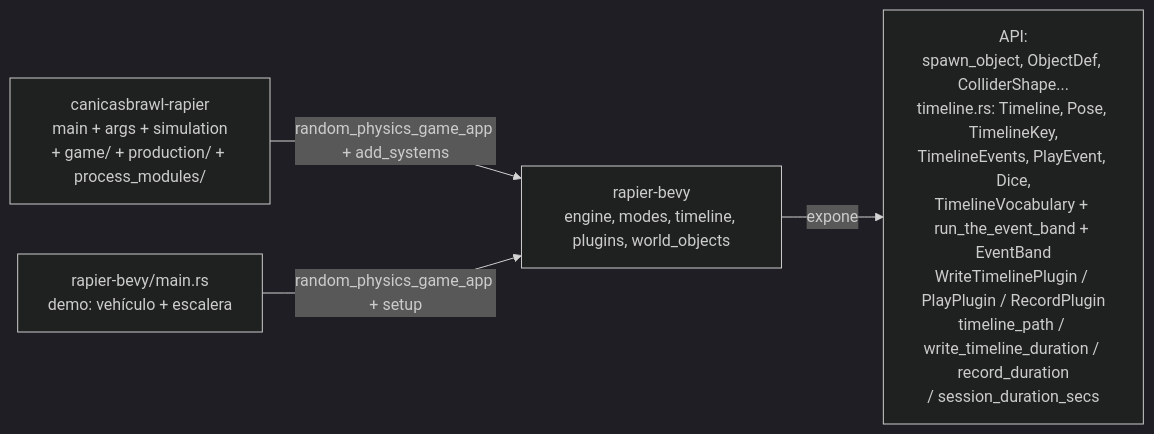
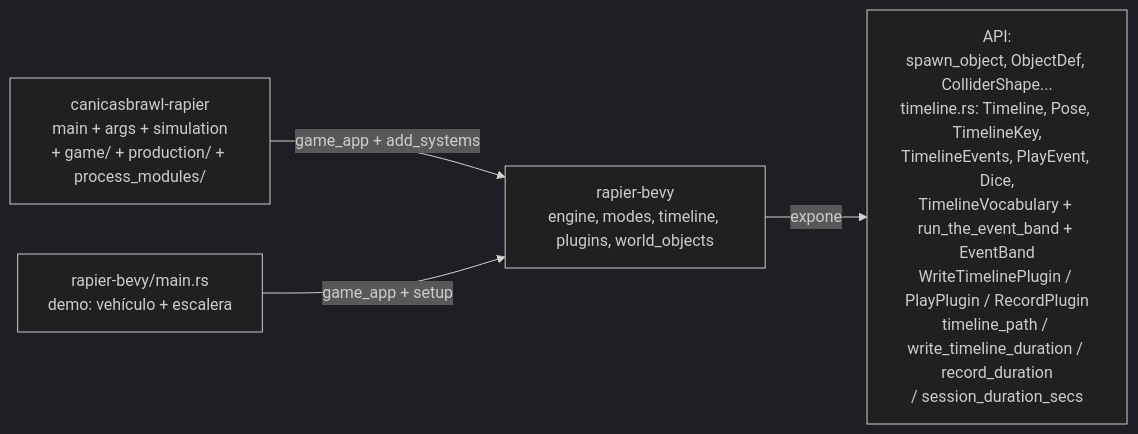
Before and after one commit to jesusgomeznuz/canicasbrawl-rapier: the second of 5 diagrams in docs/flow.md, drawn with Mermaid (dark theme). The commit also changed other lines of this file and 2 other files, not shown here.

Commit message:
rename: game_app — el nombre pierde la taxonomía muerta

````diff
--- a/docs/flow.md
+++ b/docs/flow.md
@@ -33,6 +33,6 @@
 ```mermaid
 flowchart LR
-    Game["canicasbrawl-rapier<br/>main + args + simulation<br/>+ game/ + production/ + process_modules/"] -->|random_physics_game_app + add_systems| Engine
+    Game["canicasbrawl-rapier<br/>main + args + simulation<br/>+ game/ + production/ + process_modules/"] -->|game_app + add_systems| Engine
     Engine["rapier-bevy<br/>engine, modes, timeline, plugins, world_objects"] -->|expone| API["API:<br/>spawn_object, ObjectDef, ColliderShape...<br/>timeline.rs: Timeline, Pose, TimelineKey,<br/>TimelineEvents, PlayEvent, Dice,<br/>TimelineVocabulary + run_the_event_band + EventBand<br/>WriteTimelinePlugin / PlayPlugin / RecordPlugin<br/>timeline_path / write_timeline_duration / record_duration<br/>/ session_duration_secs"]
-    Demo["rapier-bevy/main.rs<br/>demo: vehículo + escalera"] -->|random_physics_game_app + setup| Engine
+    Demo["rapier-bevy/main.rs<br/>demo: vehículo + escalera"] -->|game_app + setup| Engine
 ```
````
